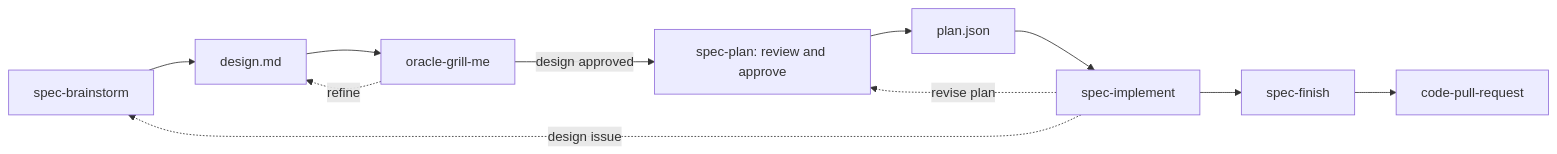
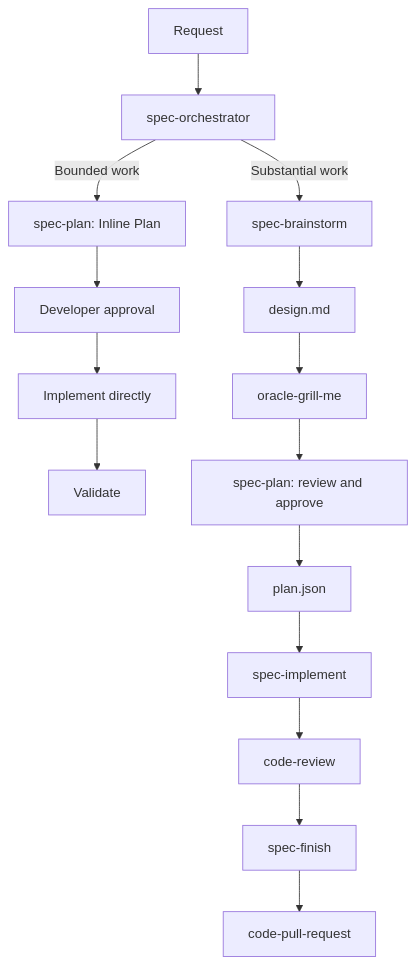
One commit to martinffx/atelier changed the diagram in README.md. Above: the diagram before and after it, drawn with Mermaid. The commit also changed other lines of this file, not shown here.

Commit message:
docs(readme): lead with the spec workflow

````diff
--- a/README.md
+++ b/README.md
@@ -250,13 +18,17 @@
 ```mermaid
-graph LR
-    B[spec-brainstorm] --> D[design.md]
+flowchart TD
+    R[Request] --> O[spec-orchestrator]
+    O -->|Bounded work| IP[spec-plan: Inline Plan]
+    IP --> A[Developer approval]
+    A --> I[Implement directly]
+    I --> V[Validate]
+    O -->|Substantial work| B[spec-brainstorm]
+    B --> D[design.md]
     D --> G[oracle-grill-me]
-    G -->|design approved| P[spec-plan: review and approve]
-    G -.->|refine| D
+    G --> P[spec-plan: review and approve]
     P --> J[plan.json]
-    J --> I[spec-implement]
-    I --> F[spec-finish]
+    J --> SI[spec-implement]
+    SI --> CR[code-review]
+    CR --> F[spec-finish]
     F --> PR[code-pull-request]
-    I -.->|revise plan| P
-    I -.->|design issue| B
 ```
````
